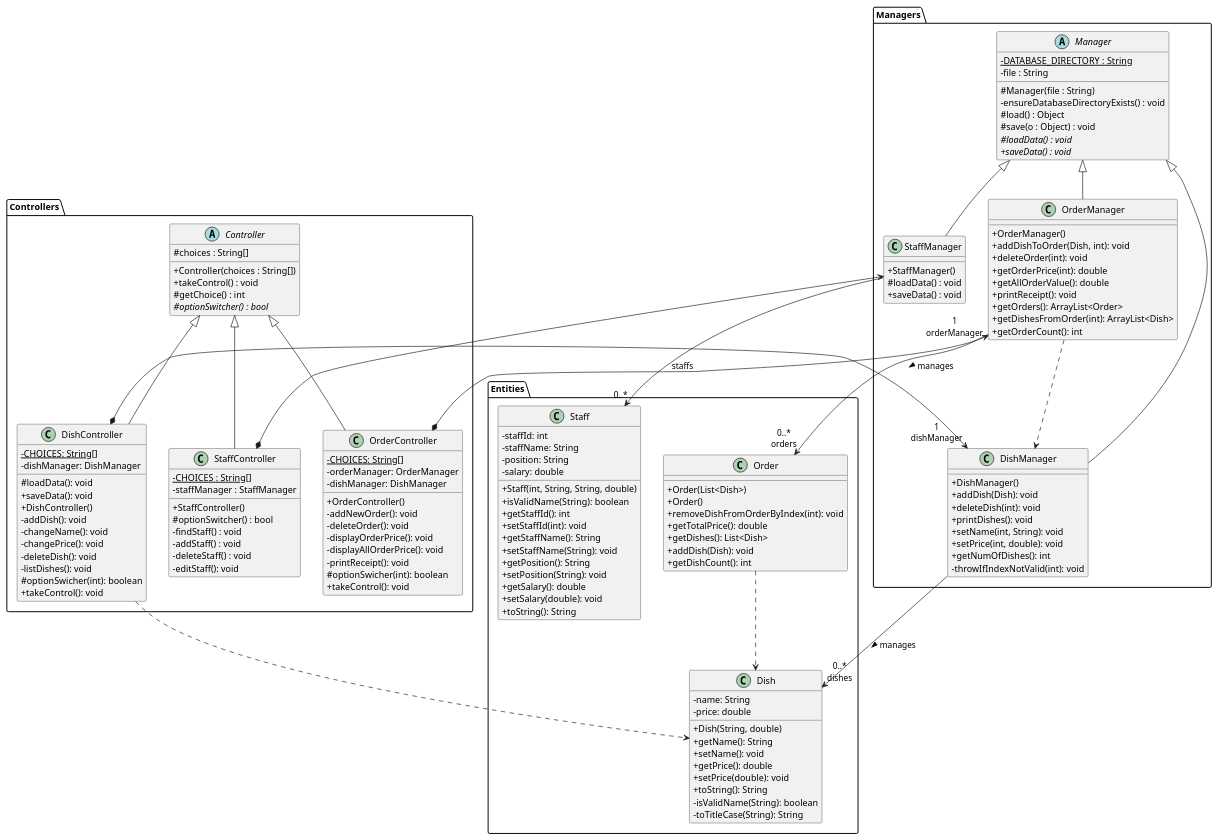
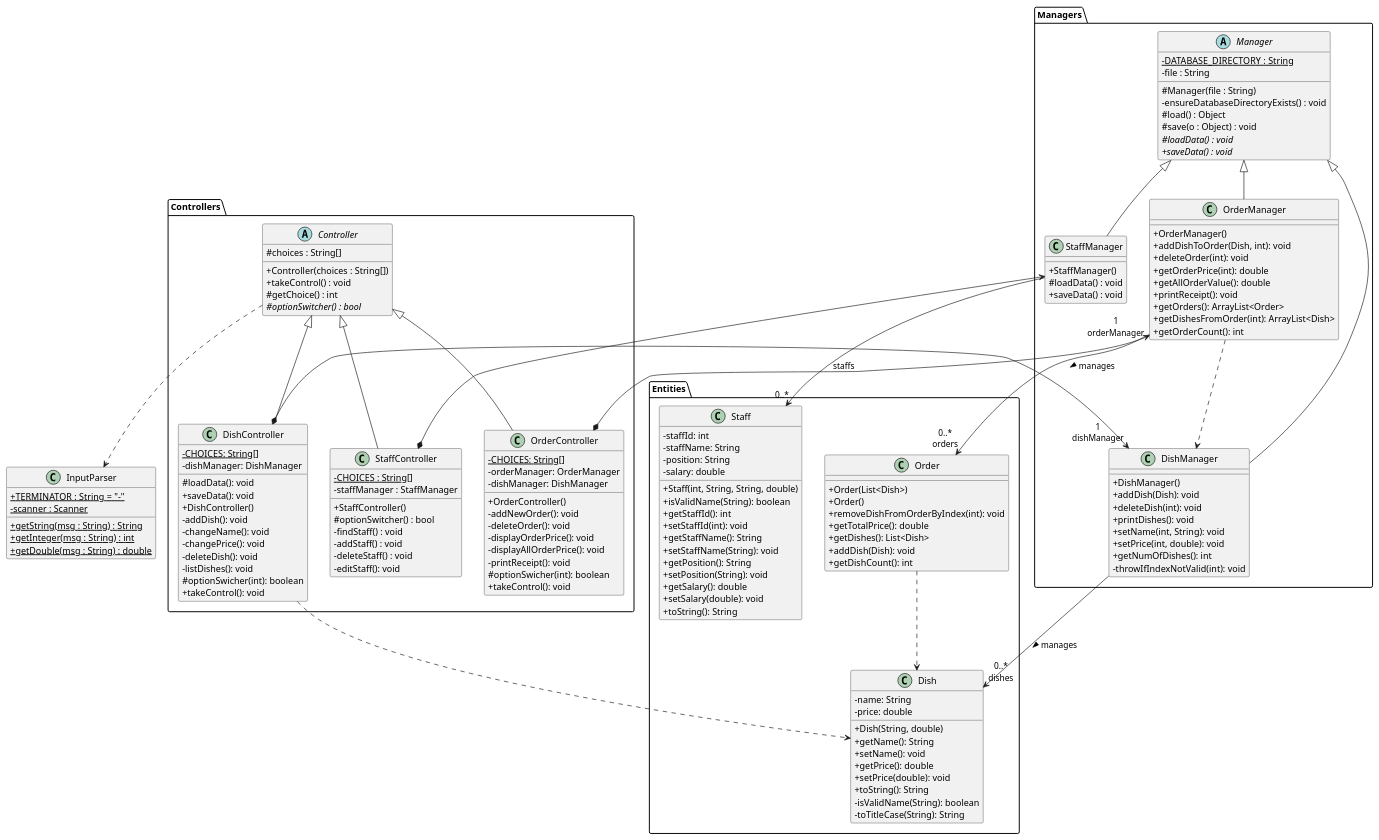
The diagram in docs/uml/class/all.puml (nus-cs2113-AY2122S2/tp), drawn with PlantUML before and after one commit. The commit also changed 3 other files, not shown here.

```diff
--- a/docs/uml/class/all.puml
+++ b/docs/uml/class/all.puml
@@ -1,160 +1,169 @@
 @startuml
 skinparam classAttributeIconSize 0
 
 namespace Controllers {
     abstract class Controller {
     #choices : String[]
     +Controller(choices : String[])
     +takeControl() : void
     #getChoice() : int
     #{abstract}optionSwitcher() : bool
     }
 
     class StaffController {
     -{static}CHOICES : String[]
     -staffManager : StaffManager
     +StaffController()
     #optionSwitcher() : bool
     -findStaff() : void
     -addStaff() : void
     -deleteStaff() : void
     -editStaff(): void
     }
 
     class DishController {
         -{static}CHOICES: String[]
         -dishManager: DishManager
         #loadData(): void
         +saveData(): void
         +DishController()
         -addDish(): void
         -changeName(): void
         -changePrice(): void
         -deleteDish(): void
         -listDishes(): void
         #optionSwicher(int): boolean
         +takeControl(): void
     }
 
     class OrderController {
         -{static}CHOICES: String[]
         -orderManager: OrderManager
         -dishManager: DishManager
         +OrderController()
         -addNewOrder(): void
         -deleteOrder(): void
         -displayOrderPrice(): void
         -displayAllOrderPrice(): void
         -printReceipt(): void
         #optionSwicher(int): boolean
         +takeControl(): void
     }
 }
 namespace Managers {
     abstract class Manager {
     -{static}DATABASE_DIRECTORY : String
     -file : String
     #Manager(file : String)
     -ensureDatabaseDirectoryExists() : void
     #load() : Object
     #save(o : Object) : void
     #{abstract}loadData() : void
     +{abstract}saveData() : void
     }
 
     class StaffManager {
     +StaffManager()
     #loadData() : void
     +saveData() : void
     }
 
     class DishManager {
         +DishManager()
         +addDish(Dish): void
         +deleteDish(int): void
         +printDishes(): void
         +setName(int, String): void
         +setPrice(int, double): void
         +getNumOfDishes(): int
         -throwIfIndexNotValid(int): void
     }
 
     class OrderManager {
         +OrderManager()
         +addDishToOrder(Dish, int): void
         +deleteOrder(int): void
         +getOrderPrice(int): double
         +getAllOrderValue(): double
         +printReceipt(): void
         +getOrders(): ArrayList<Order>
         +getDishesFromOrder(int): ArrayList<Dish>
         +getOrderCount(): int
     }
 }
 
 namespace Entities {
     class Staff {
         -staffId: int
         -staffName: String
         -position: String
         -salary: double
         +Staff(int, String, String, double)
         +isValidName(String): boolean
         +getStaffId(): int
         +setStaffId(int): void
         +getStaffName(): String
         +setStaffName(String): void
         +getPosition(): String
         +setPosition(String): void
         +getSalary(): double
         +setSalary(double): void
         +toString(): String
     }
 
     class Dish {
         -name: String
         -price: double
         +Dish(String, double)
         +getName(): String
         +setName(): void
         +getPrice(): double
         +setPrice(double): void
         +toString(): String
         -isValidName(String): boolean
         -toTitleCase(String): String
     }
 
     class Order {
         +Order(List<Dish>)
         +Order()
         +removeDishFromOrderByIndex(int): void
         +getTotalPrice(): double
         +getDishes(): List<Dish>
         +addDish(Dish): void
         +getDishCount(): int
     }
 }
 
 
 'Staff relations
 Managers.Manager <|-- Managers.StaffManager
 Managers.StaffManager <--* Controllers.StaffController
 Controllers.Controller <|-- Controllers.StaffController
 Managers.StaffManager --> "0..*" Entities.Staff : staffs
 
 'Dish relations
 Managers.Manager <|-- Managers.DishManager
 Controllers.Controller <|-- Controllers.DishController
 Entities.Dish "0..*\ndishes" <- Managers.DishManager: manages <
 Managers.DishManager "1\ndishManager" <--* Controllers.DishController
 Controllers.DishController .-> Entities.Dish
 
 'Order relations
 Managers.Manager <|-- Managers.OrderManager
 Controllers.Controller <|-- Controllers.OrderController
 Entities.Order "0..*\norders" <-- Managers.OrderManager: manages <
 Managers.OrderManager "1\norderManager" <--* Controllers.OrderController
 Managers.OrderManager ..> Managers.DishManager
 Entities.Order ..> Entities.Dish
 
+class InputParser {
++{static}TERMINATOR : String = "-"
+-{static}scanner : Scanner
++{static}getString(msg : String) : String
++{static}getInteger(msg : String) : int
++{static}getDouble(msg : String) : double
+}
+Controllers.Controller ..> InputParser
+
 @enduml
```
